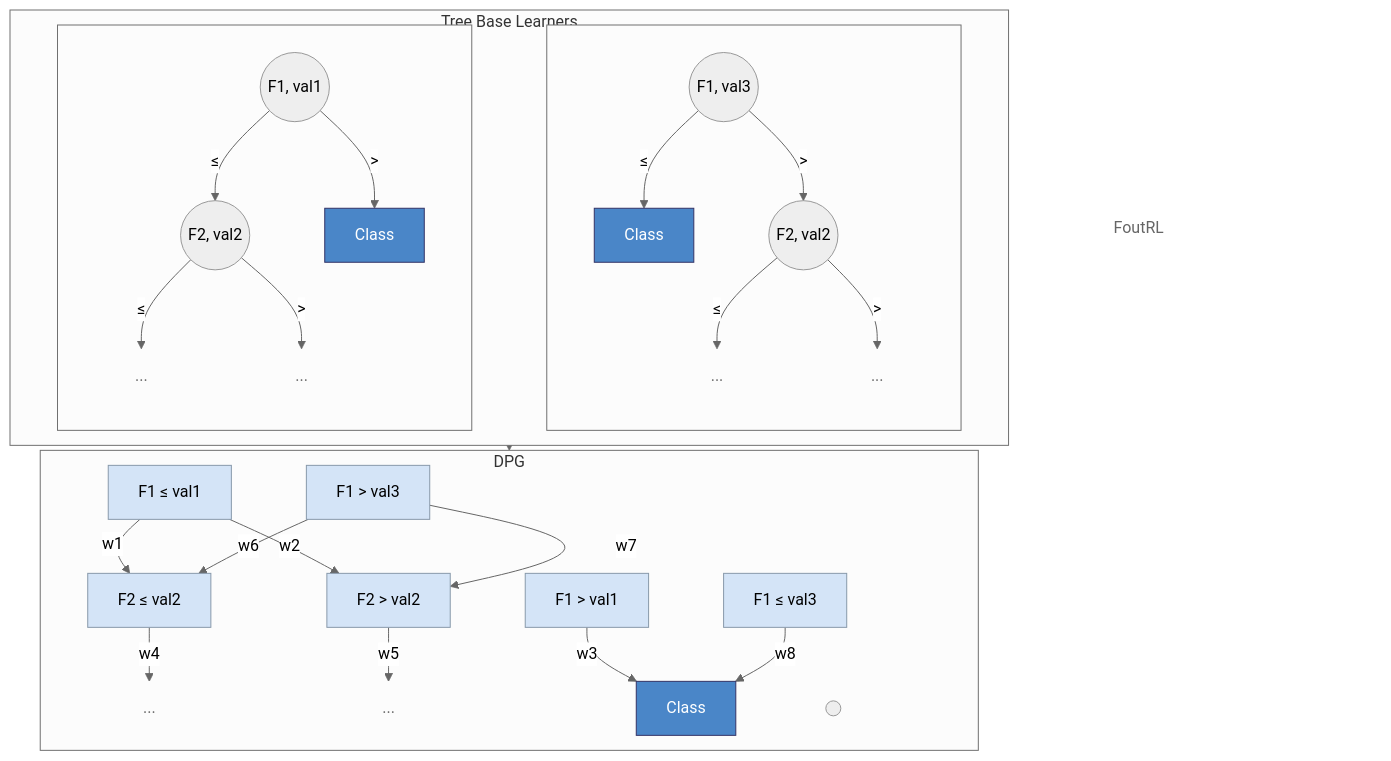
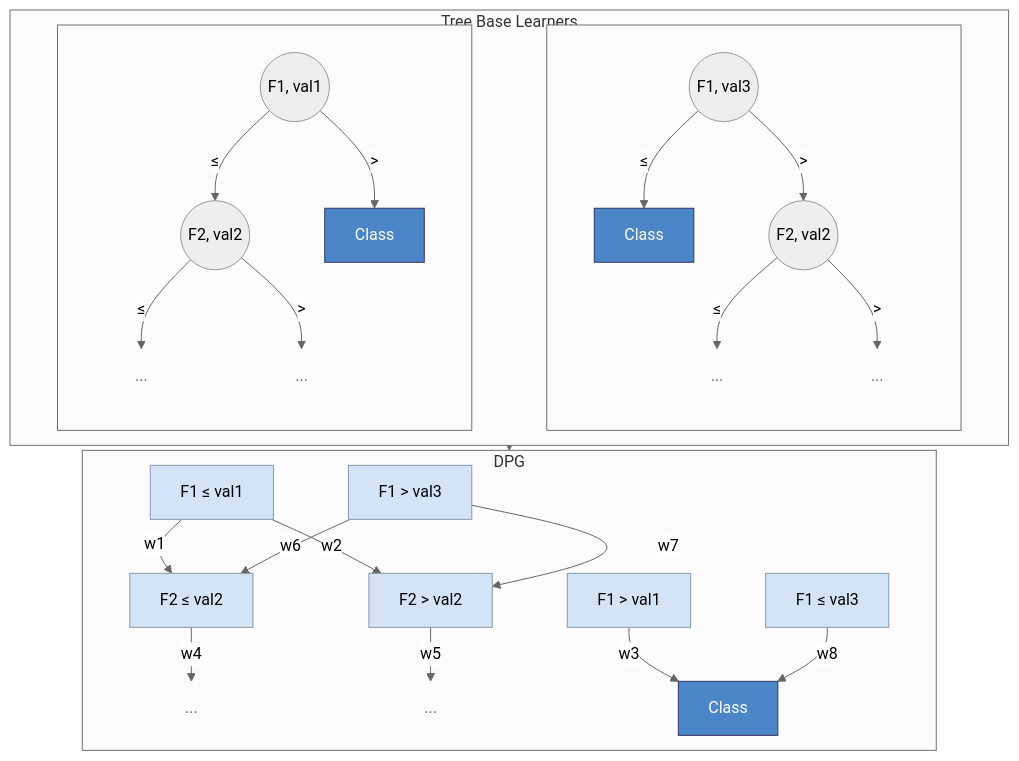
One commit to Meta-Group/DPG changed the diagram in README.md. Above: the diagram before and after it, drawn with Mermaid (neutral theme).

Commit message:
Remove unused output nodes

````diff
--- a/README.md
+++ b/README.md
@@ -76,8 +76,6 @@
         B["F1 > val3"]
         C["F1 > val1"]
         D["F1 ≤ val3"]
-        Eout((" "))
-        Fout((" "))
 
         A -- "w1" --> E
         A -- "w2" --> FF
@@ -102,10 +100,5 @@
     style T2RR fill:transparent,stroke:transparent,color:#666
     style EoutLL fill:transparent,stroke:transparent,color:#666
     style EoutLR fill:transparent,stroke:transparent,color:#666
-    style FoutRL fill:transparent,stroke:transparent,color:#666
-    style FoutRR fill:transparent,stroke:transparent,color:#666    style EoutLL fill:transparent,stroke:transparent,color:#666
     style EoutLR fill:transparent,stroke:transparent,color:#666
-    style FoutRL fill:transparent,stroke:transparent,color:#666
-    style FoutRR fill:transparent,stroke:transparent,color:#666    style Eout fill:transparent,stroke:transparent,color:transparent
-    style Fout fill:transparent,stroke:transparent,color:transparent
 ```
````
